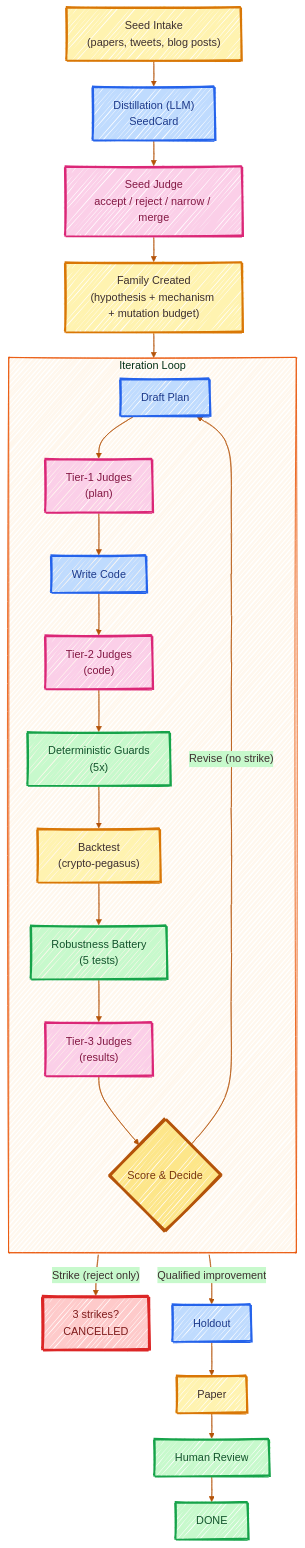
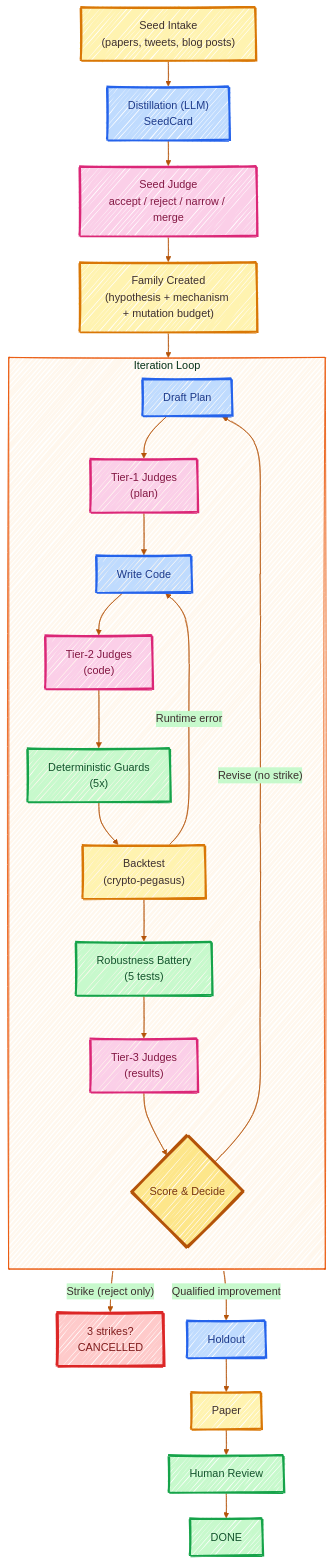
Before and after one commit to hb4ch/alpha-forge: the first of 4 diagrams in README.md, drawn with Mermaid. The commit also changed other lines of this file and 1 other file, not shown here.

Commit message:
docs: update README with backtest error recovery transition and .env setup

````diff
--- a/README.md
+++ b/README.md
@@ -37,50 +37,51 @@
 ```mermaid
 %%{init: {
   "theme": "base",
   "look": "handDrawn",
   "flowchart": { "curve": "basis", "nodeSpacing": 32, "rankSpacing": 36 },
   "themeVariables": {
     "primaryColor": "#FFF3B0",
     "primaryTextColor": "#3D2F2F",
     "primaryBorderColor": "#D97706",
     "lineColor": "#B45309",
     "secondaryColor": "#C7F9CC",
     "tertiaryColor": "#FBCFE8",
     "clusterBkg": "#FFF7ED",
     "clusterBorder": "#EA580C",
     "fontFamily": "Trebuchet MS, Comic Sans MS, Marker Felt, sans-serif",
     "fontSize": "16px"
   }
 }}%%
 flowchart TD
     A["Seed Intake<br/>(papers, tweets, blog posts)"]:::warm --> B["Distillation (LLM)<br/>SeedCard"]:::sky
     B --> C["Seed Judge<br/>accept / reject / narrow / merge"]:::pink
     C --> D["Family Created<br/>(hypothesis + mechanism + mutation budget)"]:::warm
 
     subgraph LOOP["Iteration Loop"]
         direction TD
         E["Draft Plan"]:::sky --> F["Tier-1 Judges<br/>(plan)"]:::pink
         F --> G["Write Code"]:::sky
         G --> H["Tier-2 Judges<br/>(code)"]:::pink
         H --> I["Deterministic Guards<br/>(5x)"]:::mint
         I --> J["Backtest<br/>(crypto-pegasus)"]:::warm
         J --> K["Robustness Battery<br/>(5 tests)"]:::mint
         K --> L["Tier-3 Judges<br/>(results)"]:::pink
         L --> M{"Score & Decide"}:::decision
     end
 
     D --> E
     M -->|"Strike (reject only)"| N["3 strikes?<br/>CANCELLED"]:::danger
     M -->|"Qualified improvement"| O["Holdout"]:::sky
     M -->|"Revise (no strike)"| E
+    J -->|"Runtime error"| G
     O --> P["Paper"]:::warm
     P --> Q["Human Review"]:::mint
     Q --> R["DONE"]:::mint
 
     classDef warm fill:#FFF3B0,stroke:#D97706,color:#3D2F2F,stroke-width:3px;
     classDef sky fill:#BFDBFE,stroke:#2563EB,color:#1E3A8A,stroke-width:3px;
     classDef pink fill:#FBCFE8,stroke:#DB2777,color:#831843,stroke-width:3px;
     classDef mint fill:#C7F9CC,stroke:#16A34A,color:#14532D,stroke-width:3px;
     classDef decision fill:#FDE68A,stroke:#B45309,color:#78350F,stroke-width:4px;
     classDef danger fill:#FECACA,stroke:#DC2626,color:#7F1D1D,stroke-width:4px;
 ```
````
